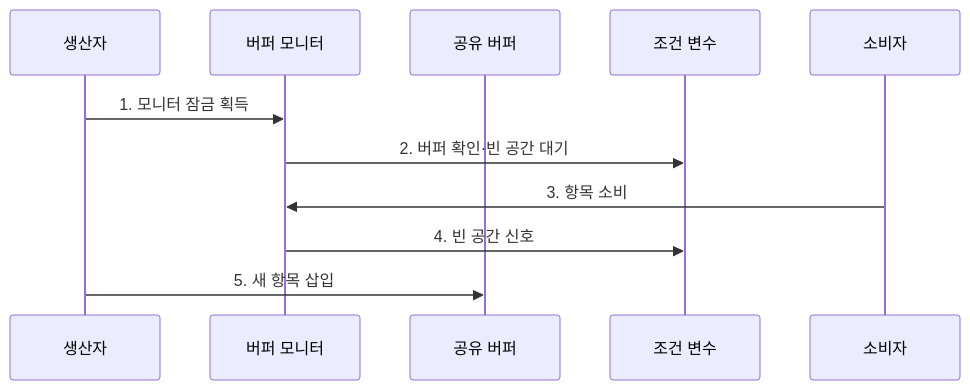
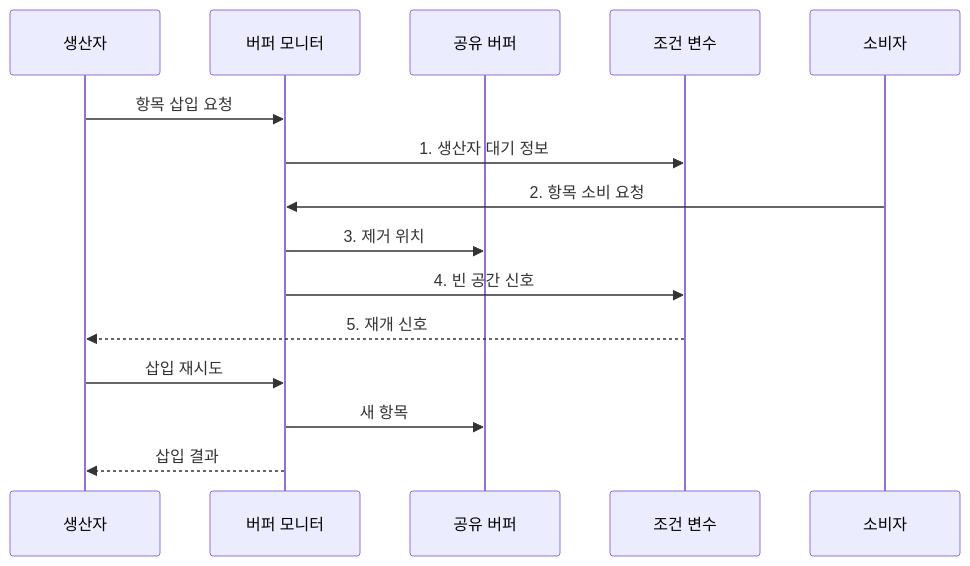
Before and after one commit to agnusdei1207/knowledge-base: the second of 2 diagrams in src/content/docs/notes/03-software/012_synchronization.md, drawn with Mermaid. The commit also changed other lines of this file and 20 other files, not shown here.

````diff
--- a/src/content/docs/notes/03-software/012_synchronization.md
+++ b/src/content/docs/notes/03-software/012_synchronization.md
@@ -86,13 +92,17 @@
 ```mermaid
 sequenceDiagram
     participant P as 생산자
     participant M as 버퍼 모니터
     participant B as 공유 버퍼
     participant V as 조건 변수
     participant C as 소비자
-    P->>M: 1. 모니터 잠금 획득
-    M->>V: 2. 버퍼 확인·빈 공간 대기
-    C->>M: 3. 항목 소비
+    P->>M: 항목 삽입 요청
+    M->>V: 1. 생산자 대기 정보
+    C->>M: 2. 항목 소비 요청
+    M->>B: 3. 제거 위치
     M->>V: 4. 빈 공간 신호
-    P->>B: 5. 새 항목 삽입
+    V-->>P: 5. 재개 신호
+    P->>M: 삽입 재시도
+    M->>B: 새 항목
+    M-->>P: 삽입 결과
 ```
````
